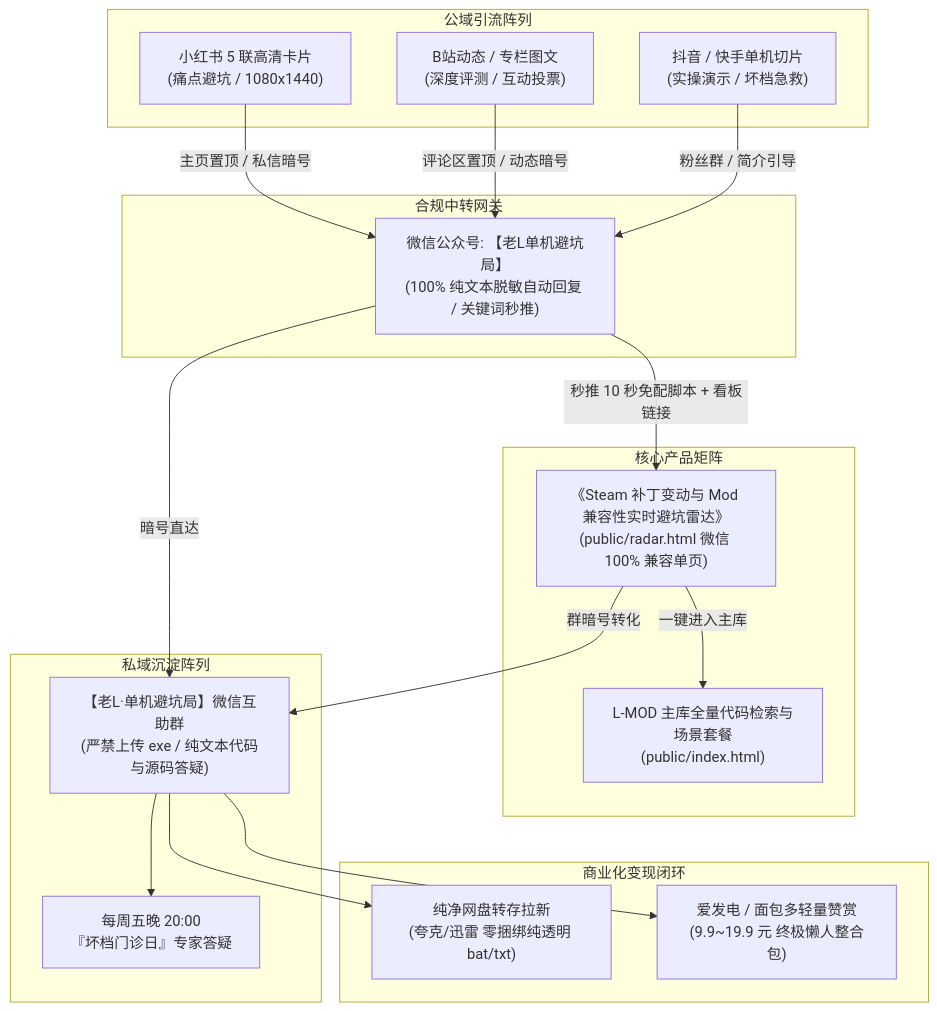
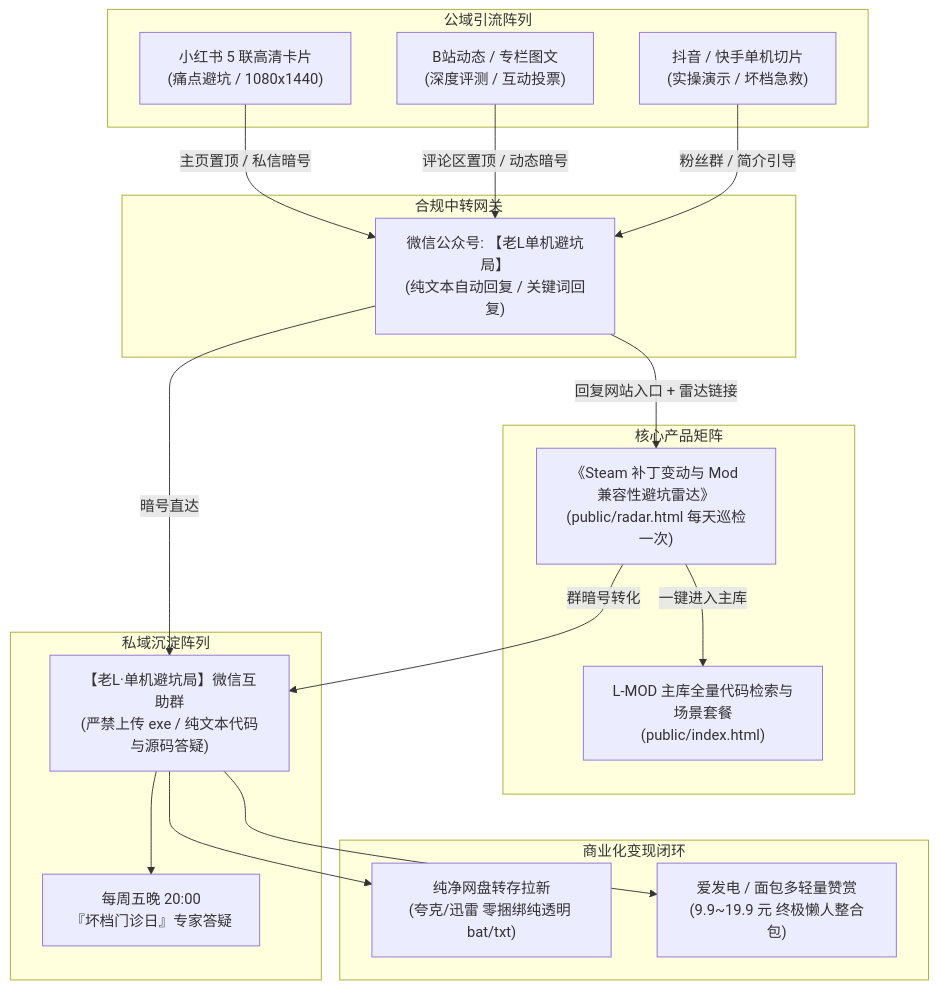
One commit to xxxxlu/l-mod-portal changed the first of 2 diagrams in public/social_distribution/PRIVATE_TRAFFIC_BLUEPRINT.md. Above: the diagram before and after it, drawn with Mermaid. The commit also changed other lines of this file and 112 other files, not shown here.

````diff
--- a/public/social_distribution/PRIVATE_TRAFFIC_BLUEPRINT.md
+++ b/public/social_distribution/PRIVATE_TRAFFIC_BLUEPRINT.md
@@ -21,41 +24,41 @@
 ```mermaid
 flowchart TD
     subgraph 公域引流阵列
         XHS["小红书 5 联高清卡片\n(痛点避坑 / 1080x1440)"]
         BILI["B站动态 / 专栏图文\n(深度评测 / 互动投票)"]
         DY["抖音 / 快手单机切片\n(实操演示 / 坏档急救)"]
     end
 
     subgraph 合规中转网关
-        MP["微信公众号: 【老L单机避坑局】\n(100% 纯文本脱敏自动回复 / 关键词秒推)"]
+        MP["微信公众号: 【老L单机避坑局】\n(纯文本自动回复 / 关键词回复)"]
     end
 
     subgraph 核心产品矩阵
-        RADAR["《Steam 补丁变动与 Mod 兼容性实时避坑雷达》\n(public/radar.html 微信 100% 兼容单页)"]
+        RADAR["《Steam 补丁变动与 Mod 兼容性避坑雷达》\n(public/radar.html 每天巡检一次)"]
         VAULT["L-MOD 主库全量代码检索与场景套餐\n(public/index.html)"]
     end
 
     subgraph 私域沉淀阵列
         COMMUNITY["【老L·单机避坑局】微信互助群\n(严禁上传 exe / 纯文本代码与源码答疑)"]
         CLINIC["每周五晚 20:00\n『坏档门诊日』专家答疑"]
     end
 
     subgraph 商业化变现闭环
         PAN["纯净网盘转存拉新\n(夸克/迅雷 零捆绑纯透明 bat/txt)"]
         SPONSOR["爱发电 / 面包多轻量赞赏\n(9.9~19.9 元 终极懒人整合包)"]
     end
 
     XHS -->|"主页置顶 / 私信暗号"| MP
     BILI -->|"评论区置顶 / 动态暗号"| MP
     DY -->|"粉丝群 / 简介引导"| MP
 
-    MP -->|"秒推 10 秒免配脚本 + 看板链接"| RADAR
+    MP -->|"回复网站入口 + 雷达链接"| RADAR
     MP -->|"暗号直达"| COMMUNITY
 
     RADAR -->|"一键进入主库"| VAULT
     RADAR -->|"群暗号转化"| COMMUNITY
 
     COMMUNITY --> CLINIC
     COMMUNITY --> PAN
     COMMUNITY --> SPONSOR
 ```
````
